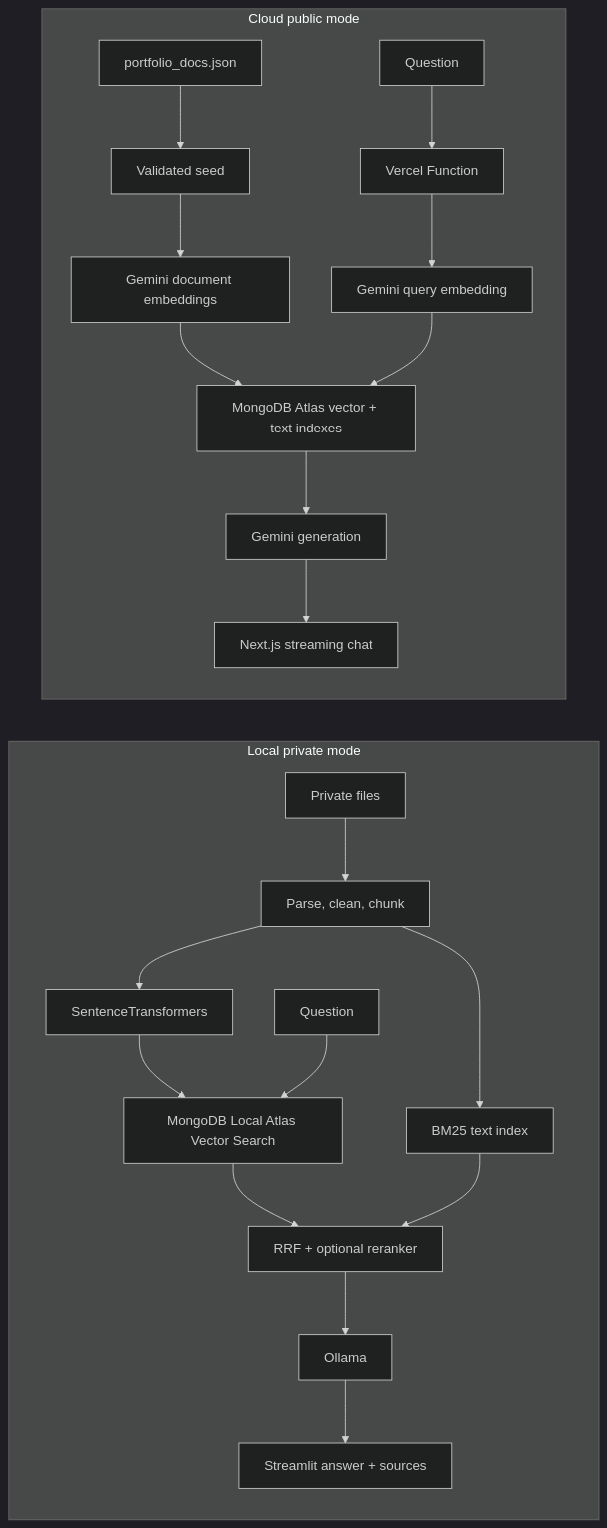
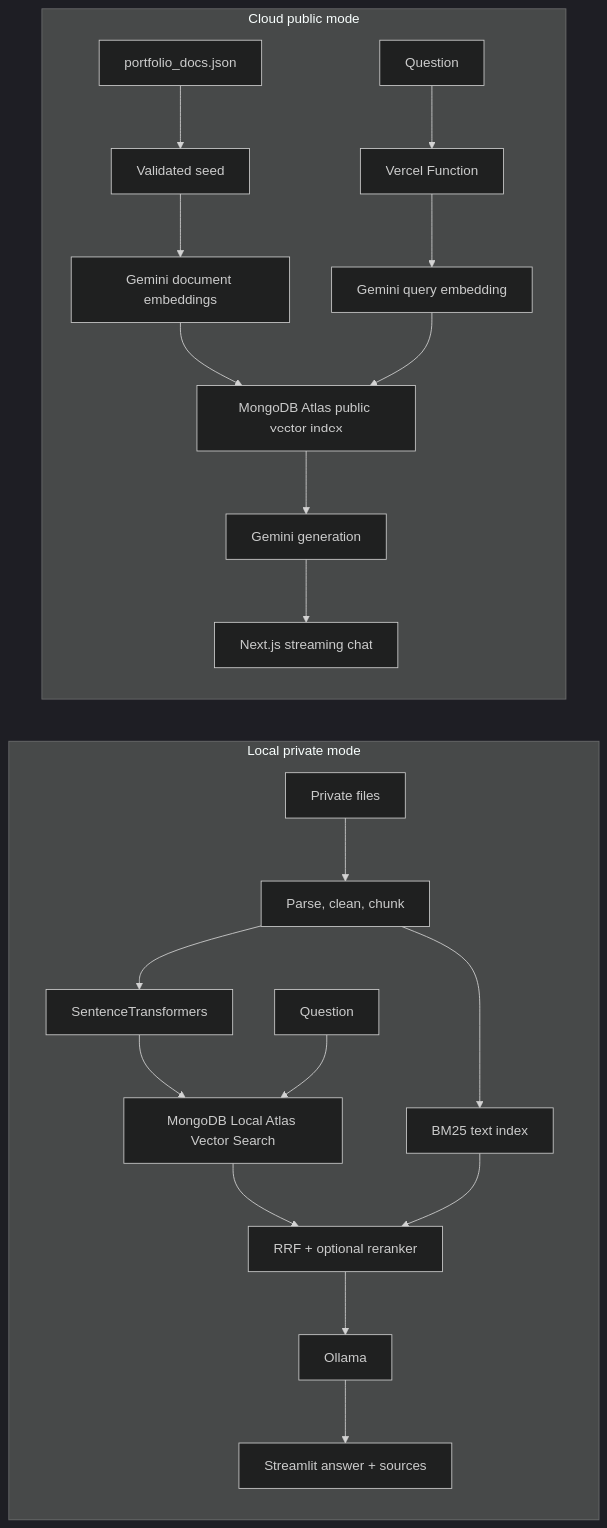
One commit to 666junyichen/local-rag-portfolio-assistant changed the diagram in README.md. Above: the diagram before and after it, drawn with Mermaid (dark theme). The commit also changed other lines of this file and 9 other files, not shown here.

````diff
--- a/README.md
+++ b/README.md
@@ -24,18 +24,18 @@
 ```mermaid
 flowchart LR
   subgraph Local[Local private mode]
     LP[Private files] --> DP[Parse, clean, chunk]
     DP --> SE[SentenceTransformers]
     DP --> BT[BM25 text index]
     SE --> ML[MongoDB Local Atlas Vector Search]
     QL[Question] --> ML --> RF[RRF + optional reranker]
     BT --> RF --> OL[Ollama] --> SL[Streamlit answer + sources]
   end
   subgraph Cloud[Cloud public mode]
     PJ[portfolio_docs.json] --> GS[Validated seed]
     GS --> GE[Gemini document embeddings]
-    GE --> MA[MongoDB Atlas vector + text indexes]
+    GE --> MA[MongoDB Atlas public vector index]
     QC[Question] --> V[Vercel Function]
     V --> GQ[Gemini query embedding] --> MA --> GG[Gemini generation] --> NX[Next.js streaming chat]
   end
 ```
````
